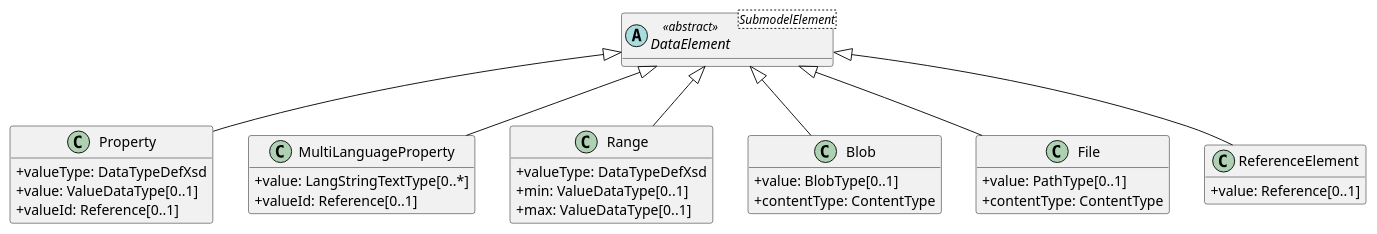
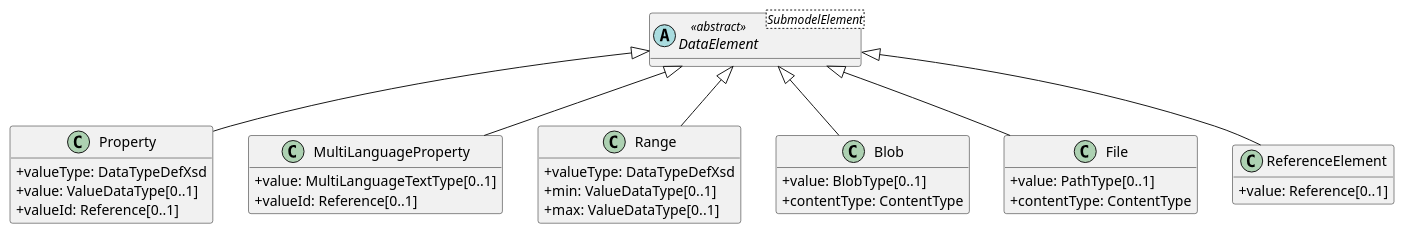
The diagram in output/33_DataElement.puml (zrgt/py2puml), drawn with PlantUML before and after one commit. The commit also changed 35 other files, not shown here.

Commit message:
Rename "LangString..." classes to "MultiLanguage..."

```diff
--- a/output/33_DataElement.puml
+++ b/output/33_DataElement.puml
@@ -1,38 +1,38 @@
 @startuml
 skinparam classAttributeIconSize 0
 hide methods
 
 abstract class DataElement<SubmodelElement> <<abstract>> {
 }
 class Property {
   +valueType: DataTypeDefXsd 
   +value: ValueDataType[0..1] 
   +valueId: Reference[0..1] 
 }
 class MultiLanguageProperty {
-  +value: LangStringTextType[0..*] 
+  +value: MultiLanguageTextType[0..1] 
   +valueId: Reference[0..1] 
 }
 class Range {
   +valueType: DataTypeDefXsd 
   +min: ValueDataType[0..1] 
   +max: ValueDataType[0..1] 
 }
 class Blob {
   +value: BlobType[0..1] 
   +contentType: ContentType 
 }
 class File {
   +value: PathType[0..1] 
   +contentType: ContentType 
 }
 class ReferenceElement {
   +value: Reference[0..1] 
 }
 DataElement <|-- Blob
 DataElement <|-- File
 DataElement <|-- MultiLanguageProperty
 DataElement <|-- Property
 DataElement <|-- Range
 DataElement <|-- ReferenceElement
 @enduml
```
